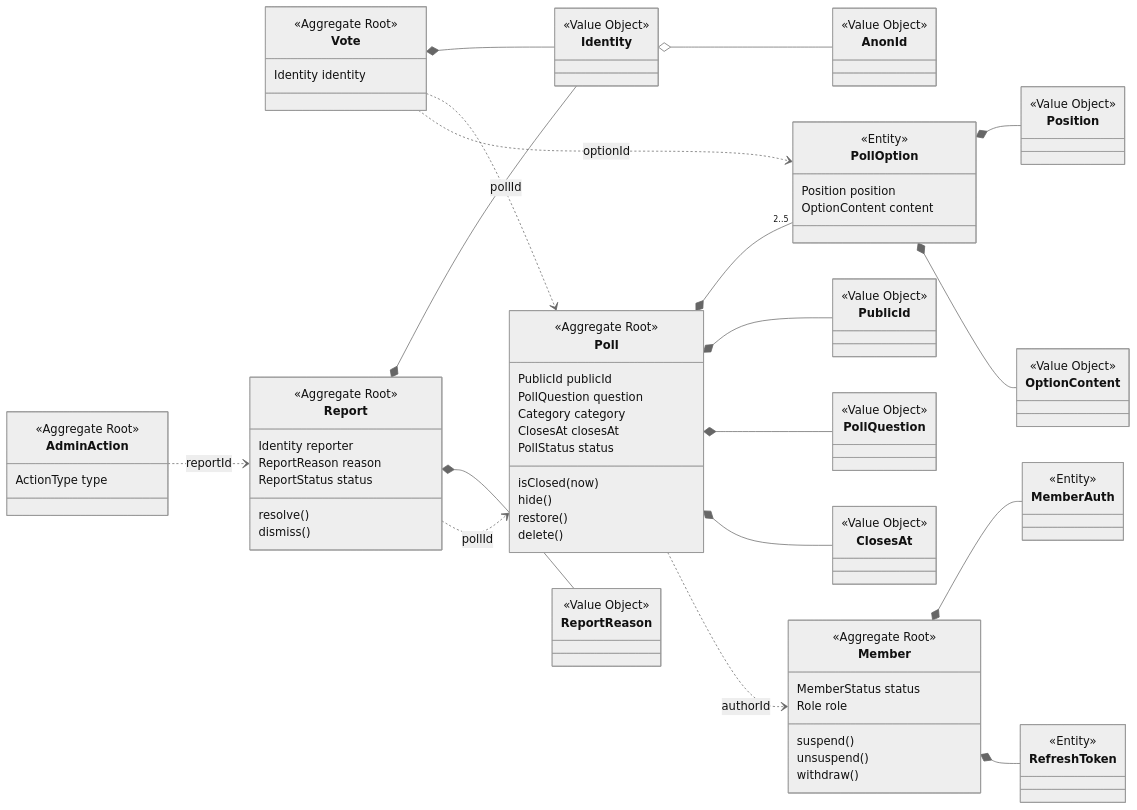
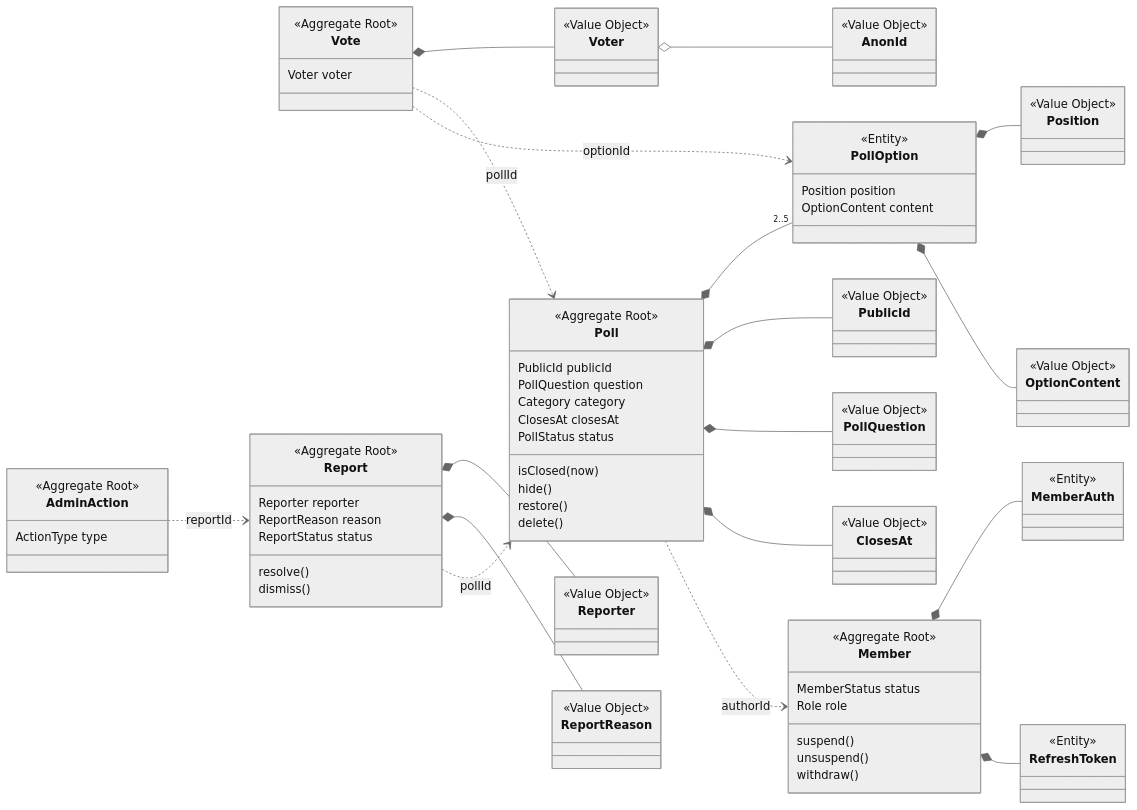
The first of 4 diagrams in docs/도메인-모델.md (kwakseobang/AuDDum), drawn with Mermaid (neutral theme) before and after one commit. The commit also changed other lines of this file and 24 other files, not shown here.

```diff
--- a/docs/도메인-모델.md
+++ b/docs/도메인-모델.md
@@ -101,11 +102,11 @@
     }
     class Vote {
         <<Aggregate Root>>
-        Identity identity
+        Voter voter
     }
     class Report {
         <<Aggregate Root>>
-        Identity reporter
+        Reporter reporter
         ReportReason reason
         ReportStatus status
         resolve()
@@ -115,7 +116,10 @@
         <<Aggregate Root>>
         ActionType type
     }
-    class Identity {
+    class Voter {
+        <<Value Object>>
+    }
+    class Reporter {
         <<Value Object>>
     }
     class AnonId {
@@ -147,10 +151,10 @@
     Poll *-- ClosesAt
     PollOption *-- Position
     PollOption *-- OptionContent
-    Vote *-- Identity
-    Report *-- Identity
+    Vote *-- Voter
+    Report *-- Reporter
     Report *-- ReportReason
-    Identity o-- AnonId
+    Voter o-- AnonId
     Vote ..> Poll : pollId
     Vote ..> PollOption : optionId
     Poll ..> Member : authorId
```
